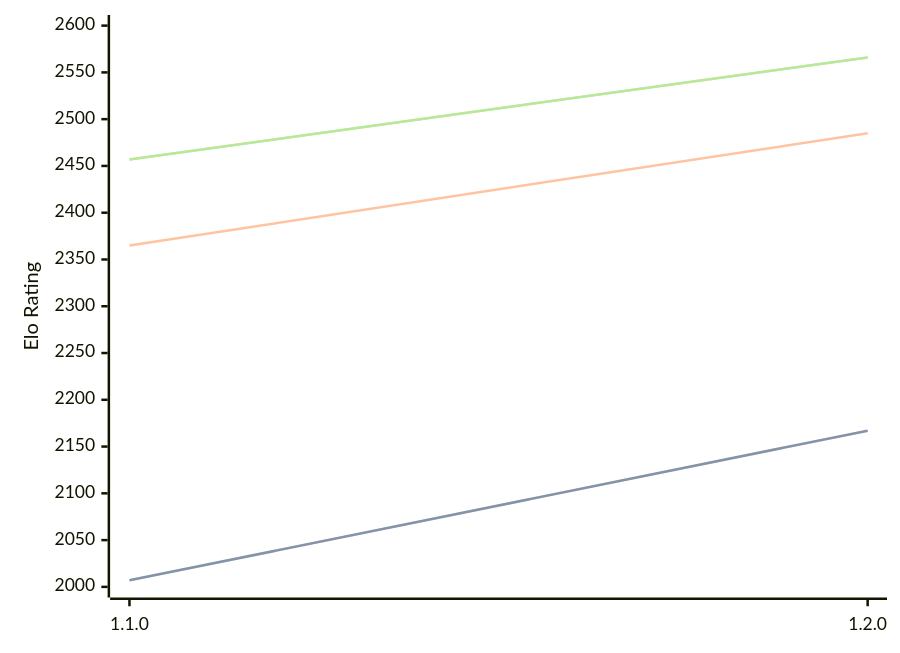
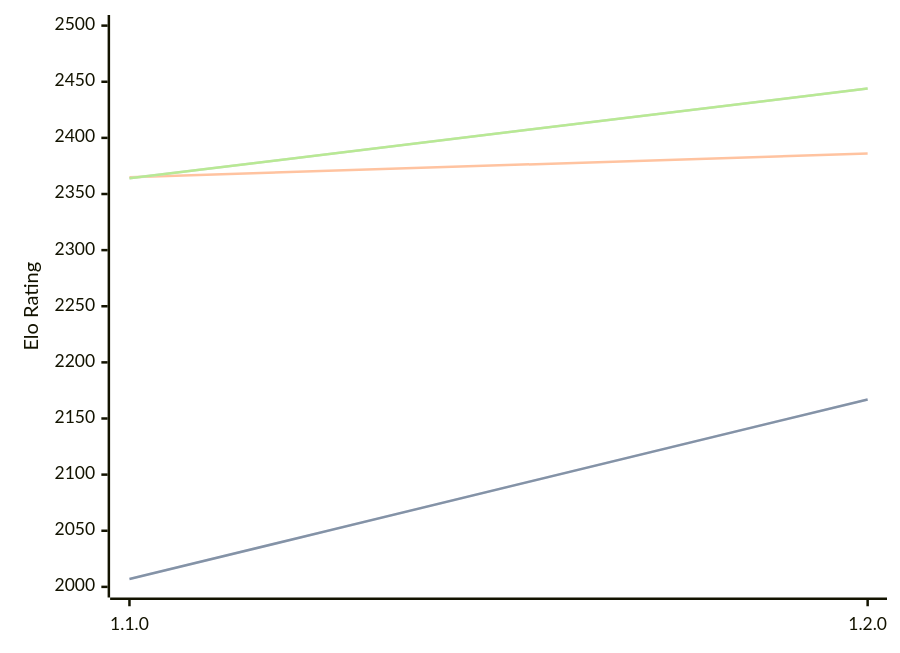
Before and after one commit to computer-chess-index/cci: the diagram in engines/Gyatso.md, drawn with Mermaid. The commit also changed other lines of this file, not shown here.

Commit message:
Update CCI Ratings (ELO VLTC) - 2026-02-23

````diff
--- a/engines/Gyatso.md
+++ b/engines/Gyatso.md
@@ -30,11 +30,11 @@
 ```mermaid
 %%{init: {"theme":"base","themeVariables":{"seriesColors:['#a3a3a3','#222221','#faa371']}}}%%
 xychart-beta
   x-axis ["1.1.0", "1.2.0"]
-  y-axis "Elo Rating" 2000 --> 2600
+  y-axis "Elo Rating" 2000 --> 2500
   line "STC (8.0+0.08s)" [2007, 2167]
   line "STC (8.0+0.08s)" [2007, 2167]
-  line "LTC (60.0+0.60s)" [2365, 2485]
-  line "VLTC (2m24s+1.12s)" [2457, 2566]
-  line "VLTC (2m24s+1.12s)" [2457, 2566]
+  line "LTC (60.0+0.60s)" [2365, 2386]
+  line "VLTC (2m24s+1.12s)" [2364, 2444]
+  line "VLTC (2m24s+1.12s)" [2364, 2444]
 ```
````
